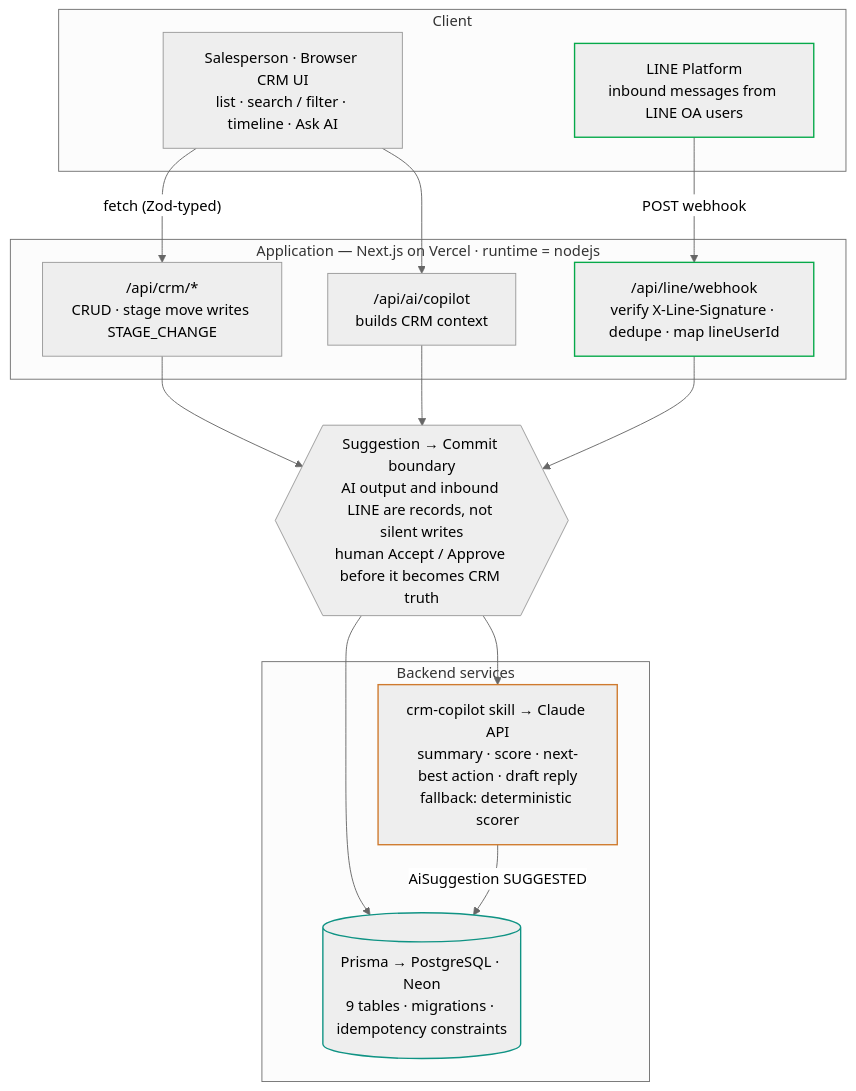
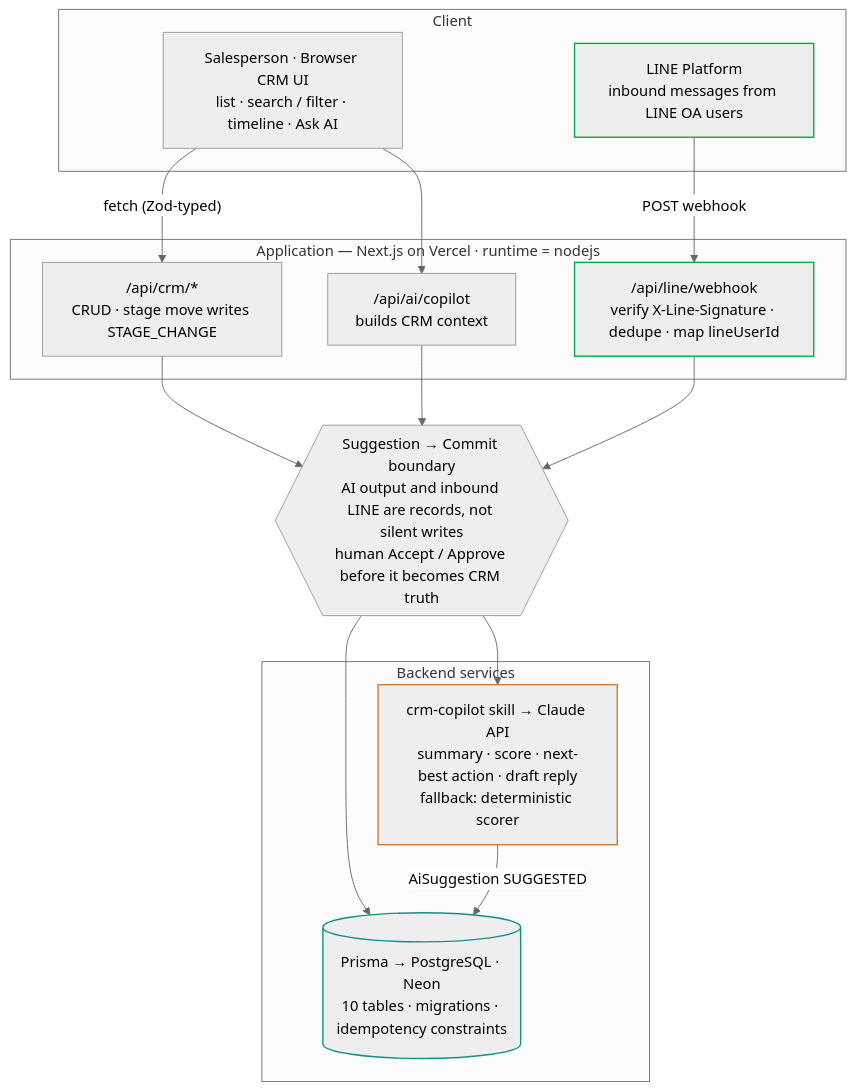
One commit to KOLAAAAA1/jenosize-ai-crm changed the diagram in README.md. Above: the diagram before and after it, drawn with Mermaid (neutral theme). The commit also changed 52 other files, not shown here.

````diff
--- a/README.md
+++ b/README.md
@@ -16,39 +16,39 @@
 ```mermaid
 flowchart TD
     subgraph CLIENT["Client"]
         UI["Salesperson · Browser CRM UI<br/>list · search / filter · timeline · Ask AI"]
         LINE["LINE Platform<br/>inbound messages from LINE OA users"]
     end
 
     subgraph APP["Application — Next.js on Vercel · runtime = nodejs"]
         CRM["/api/crm/*<br/>CRUD · stage move writes STAGE_CHANGE"]
         COP["/api/ai/copilot<br/>builds CRM context"]
         WH["/api/line/webhook<br/>verify X-Line-Signature · dedupe · map lineUserId"]
     end
 
     BOUNDARY{{"Suggestion → Commit boundary<br/>AI output and inbound LINE are records, not silent writes<br/>human Accept / Approve before it becomes CRM truth"}}
 
     subgraph BACKEND["Backend services"]
         SKILL["crm-copilot skill → Claude API<br/>summary · score · next-best action · draft reply<br/>fallback: deterministic scorer"]
-        DB[("Prisma → PostgreSQL · Neon<br/>9 tables · migrations · idempotency constraints")]
+        DB[("Prisma → PostgreSQL · Neon<br/>10 tables · migrations · idempotency constraints")]
     end
 
     UI -->|"fetch (Zod-typed)"| CRM
     UI --> COP
     LINE -->|"POST webhook"| WH
 
     CRM --> BOUNDARY
     COP --> BOUNDARY
     WH --> BOUNDARY
 
     BOUNDARY --> SKILL
     BOUNDARY --> DB
     SKILL -->|"AiSuggestion SUGGESTED"| DB
 
     classDef line stroke:#06a94a,stroke-width:1.5px;
     classDef ai stroke:#cf7a2e,stroke-width:1.5px;
     classDef data stroke:#0f9384,stroke-width:1.5px;
     class LINE,WH line;
     class SKILL ai;
     class DB data;
 ```
````
